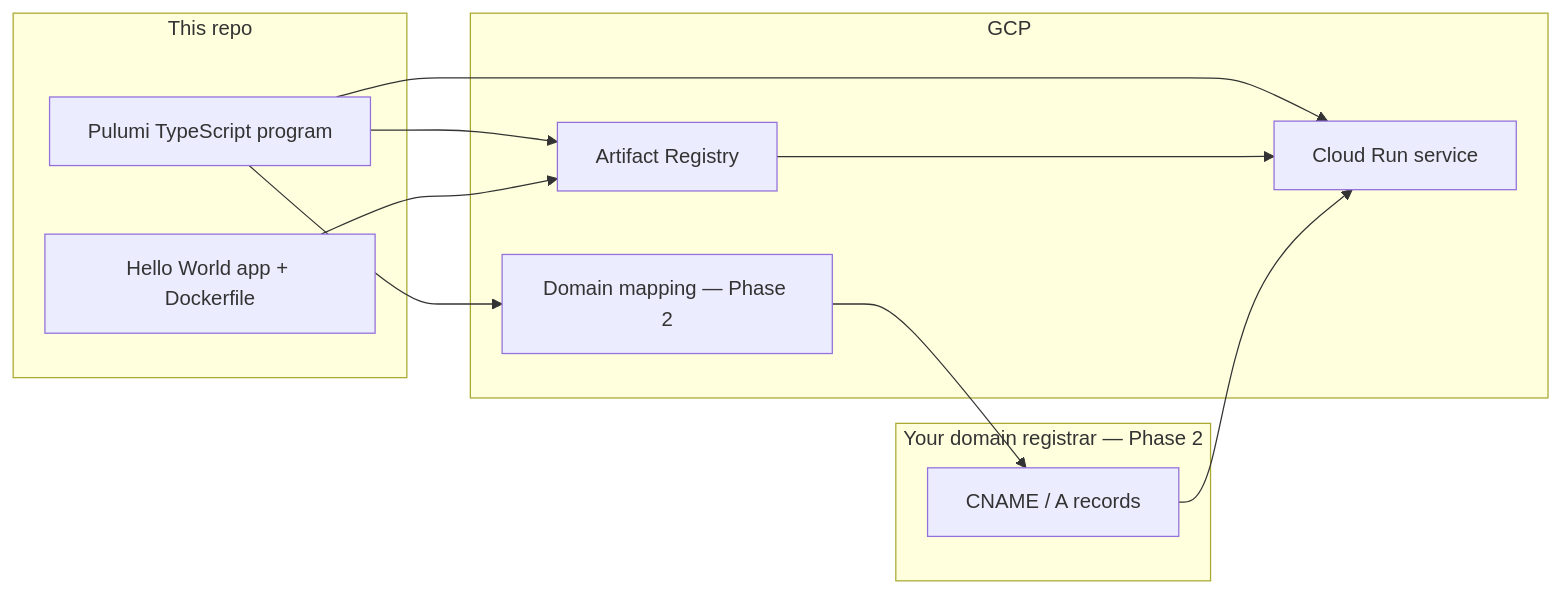
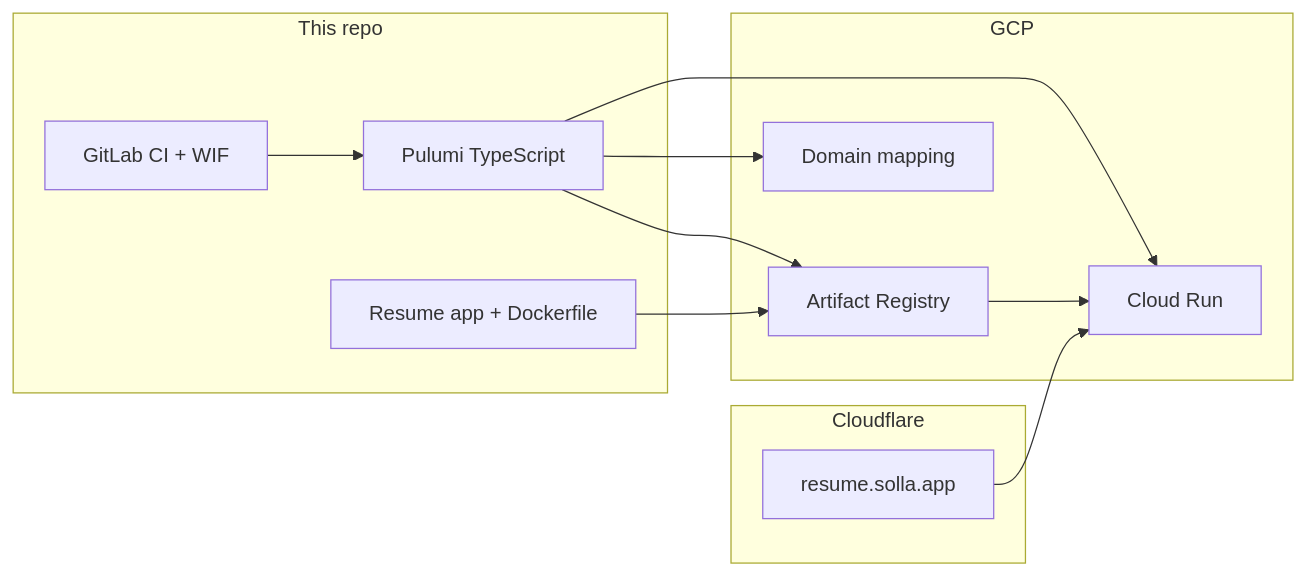
The diagram in docs/PLAN.md (michaelsolla/pulumi-cloud-solla-resume), drawn with Mermaid before and after one commit. The commit also changed other lines of this file and 2 other files, not shown here.

First line of the commit message:
Refresh the roadmap and pin Cloud Run deploys to image digests.

````diff
--- a/docs/PLAN.md
+++ b/docs/PLAN.md
@@ -12,25 +13,26 @@
 ```mermaid
 flowchart LR
   subgraph repo [This repo]
-    App[Hello World app + Dockerfile]
-    Pulumi[Pulumi TypeScript program]
+    App[Resume app + Dockerfile]
+    Pulumi[Pulumi TypeScript]
+    CI[GitLab CI + WIF]
   end
 
   subgraph gcp [GCP]
     AR[Artifact Registry]
-    CR[Cloud Run service]
-    DM[Domain mapping — Phase 2]
+    CR[Cloud Run]
+    DM[Domain mapping]
   end
 
-  subgraph dns [Your domain registrar — Phase 2]
-    DNS[CNAME / A records]
+  subgraph dns [Cloudflare]
+    DNS[resume.solla.app]
   end
 
+  CI --> Pulumi
   Pulumi --> AR
   Pulumi --> CR
   Pulumi --> DM
   App --> AR
   AR --> CR
-  DM --> DNS
   DNS --> CR
 ```
````
